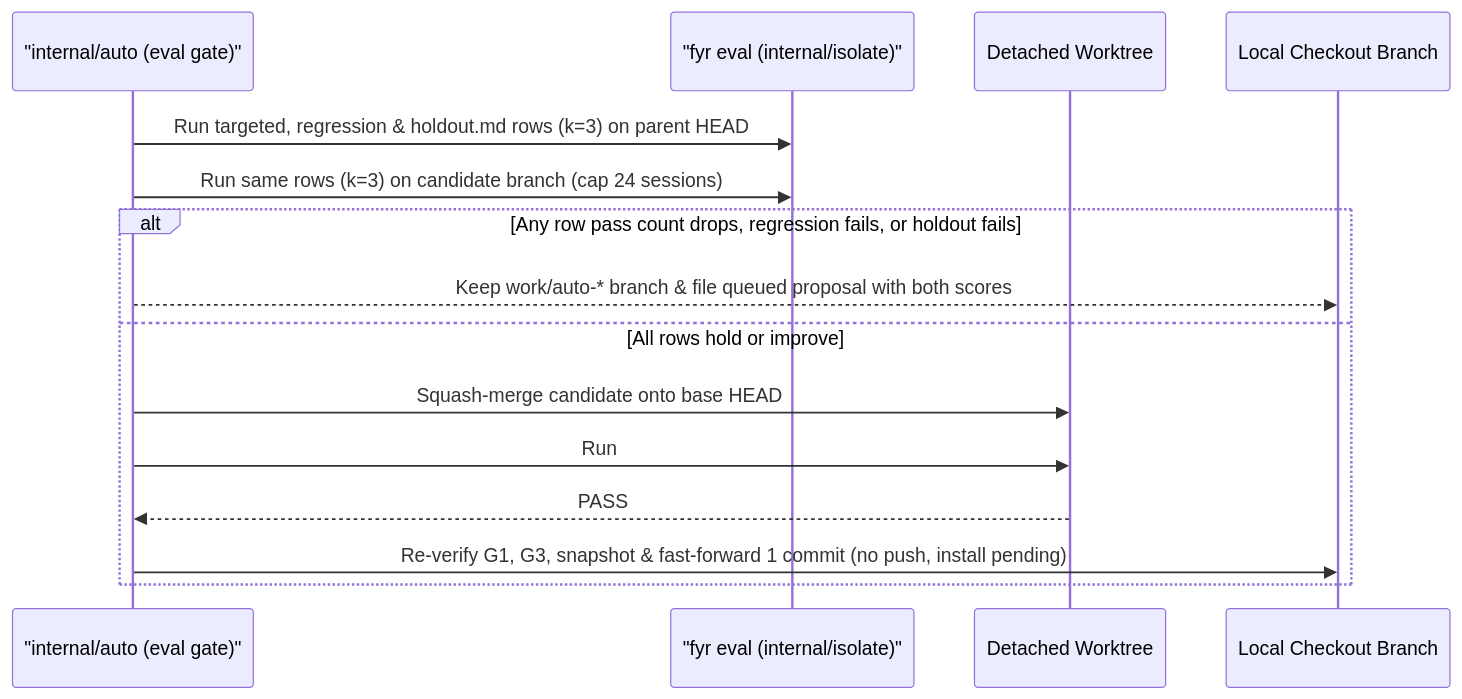
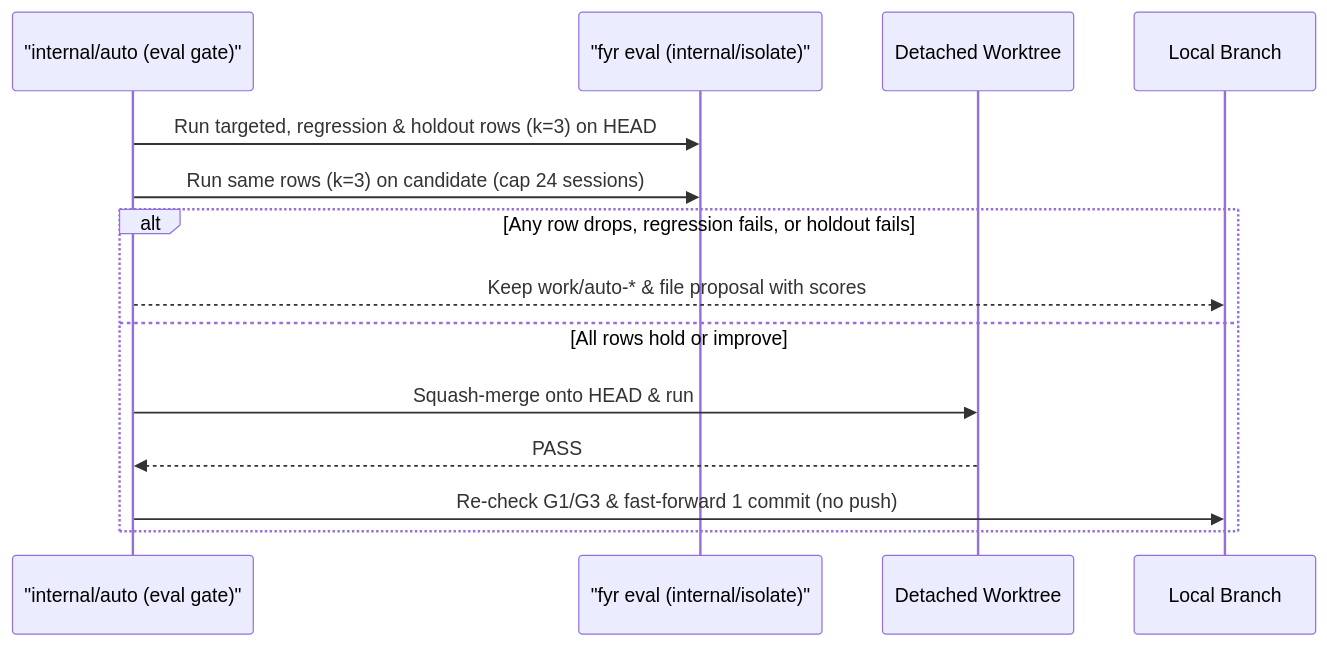
Before and after one commit to kesokaj/fyr: the second of 2 diagrams in features/dream-and-auto.md, drawn with Mermaid. The commit also changed other lines of this file and 3 other files, not shown here.

Commit message:
squash: land work/p2b-tdd-features-a

````diff
--- a/features/dream-and-auto.md
+++ b/features/dream-and-auto.md
@@ -61,17 +64,16 @@
 ```mermaid
 sequenceDiagram
     participant Auto as "internal/auto (eval gate)"
     participant Eval as "fyr eval (internal/isolate)"
     participant WT as Detached Worktree
-    participant Local as Local Checkout Branch
-    Auto->>Eval: Run targeted, regression & holdout.md rows (k=3) on parent HEAD
-    Auto->>Eval: Run same rows (k=3) on candidate branch (cap 24 sessions)
-    alt Any row pass count drops, regression fails, or holdout fails
-        Auto-->>Local: Keep work/auto-* branch & file queued proposal with both scores
+    participant Local as Local Branch
+    Auto->>Eval: Run targeted, regression & holdout rows (k=3) on HEAD
+    Auto->>Eval: Run same rows (k=3) on candidate (cap 24 sessions)
+    alt Any row drops, regression fails, or holdout fails
+        Auto-->>Local: Keep work/auto-* & file proposal with scores
     else All rows hold or improve
-        Auto->>WT: Squash-merge candidate onto base HEAD
-        Auto->>WT: Run # auto: test lines from AGENTS.md + fyr check
+        Auto->>WT: Squash-merge onto HEAD & run # auto: test + fyr check
         WT-->>Auto: PASS
-        Auto->>Local: Re-verify G1, G3, snapshot & fast-forward 1 commit (no push, install pending)
+        Auto->>Local: Re-check G1/G3 & fast-forward 1 commit (no push)
     end
 ```
````
